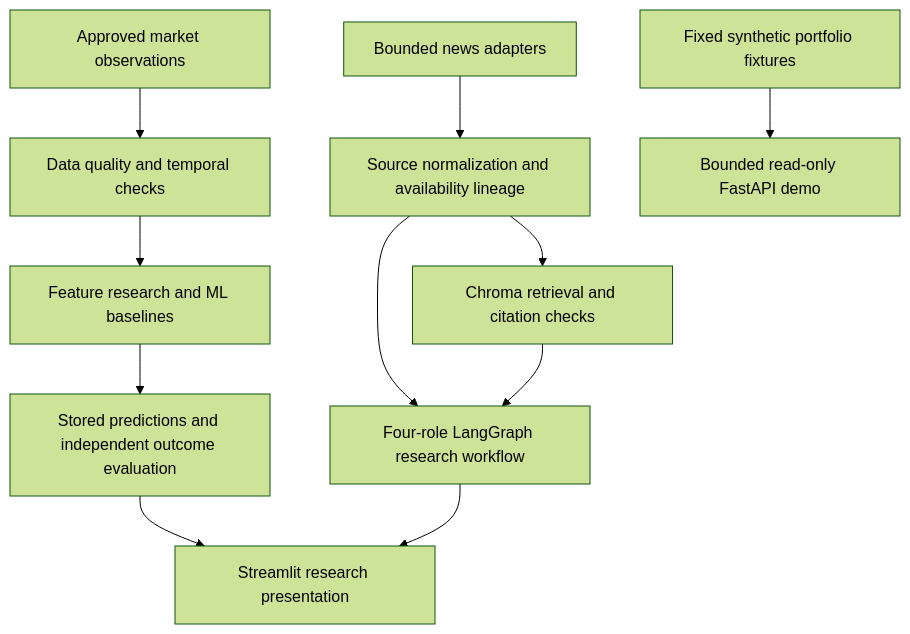
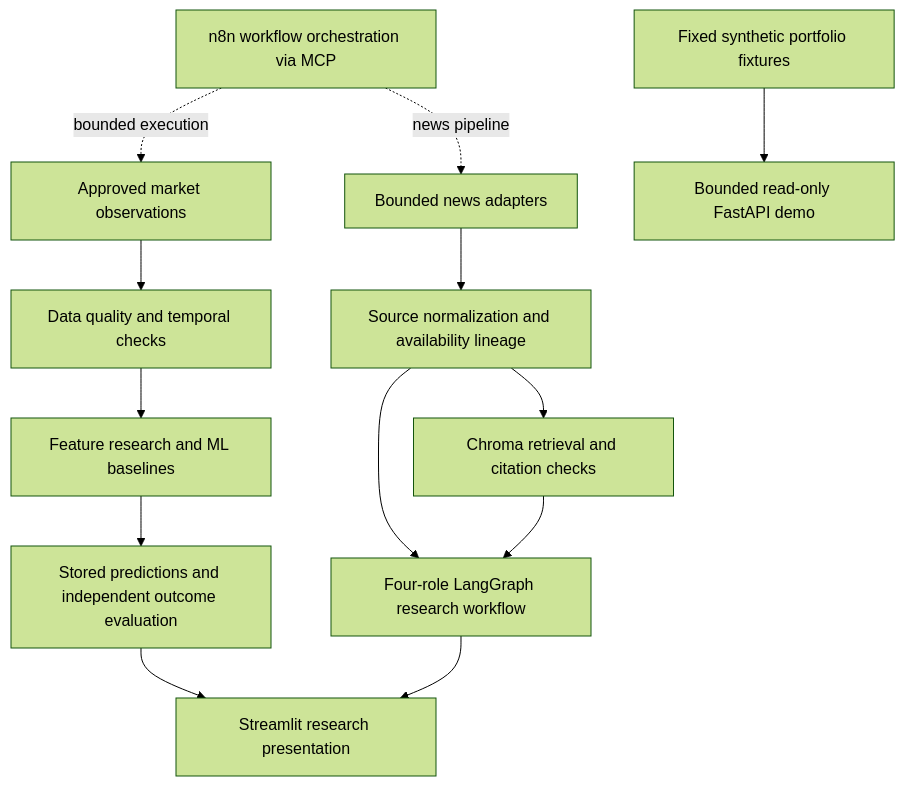
The diagram in docs/ARCHITECTURE.md (esmaeilisadat-tech/MarketPulse-AI-Portfolio), drawn with Mermaid (forest theme) before and after one commit. The commit also changed other lines of this file, not shown here.

Commit message:
docs: highlight n8n MCP orchestration and verified NLP test

````diff
--- a/docs/ARCHITECTURE.md
+++ b/docs/ARCHITECTURE.md
@@ -5,13 +5,15 @@
 ```mermaid
 flowchart TD
+    O[n8n workflow orchestration via MCP] -. bounded execution .-> P
+    O -. news pipeline .-> N
     P[Approved market observations] --> V[Data quality and temporal checks]
     V --> F[Feature research and ML baselines]
     F --> R[Stored predictions and independent outcome evaluation]
     N[Bounded news adapters] --> S[Source normalization and availability lineage]
     S --> G[Chroma retrieval and citation checks]
     S --> A[Four-role LangGraph research workflow]
     G --> A
     R --> U[Streamlit research presentation]
     A --> U
     D[Fixed synthetic portfolio fixtures] --> API[Bounded read-only FastAPI demo]
 ```
````
